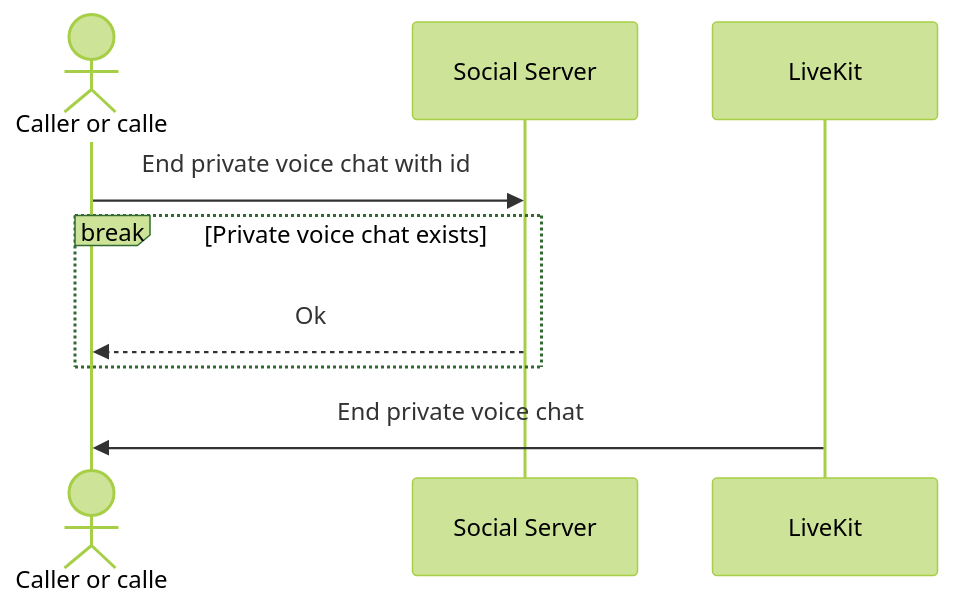
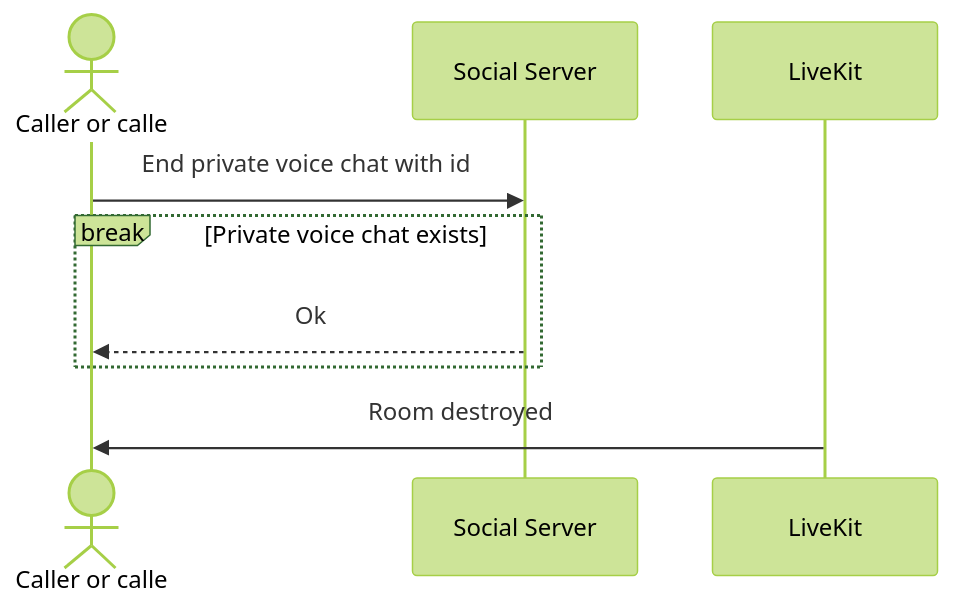
Before and after one commit to decentraland/adr: the fourth of 6 diagrams in content/ADR-284-private-voice-chat.md, drawn with Mermaid (forest theme). The commit also changed other lines of this file, not shown here.

````diff
--- a/content/ADR-284-private-voice-chat.md
+++ b/content/ADR-284-private-voice-chat.md
@@ -214,12 +214,12 @@
 ```mermaid
 sequenceDiagram
 	actor U1 as Caller or calle
 	participant SS as Social Server
 	participant LK as LiveKit
 
   U1->>SS: End private voice chat with id
   break Private voice chat exists
 		SS-->>U1: Ok
 	end
-	LK->>U1: End private voice chat
+	LK->>U1: Room destroyed
 ```
````
